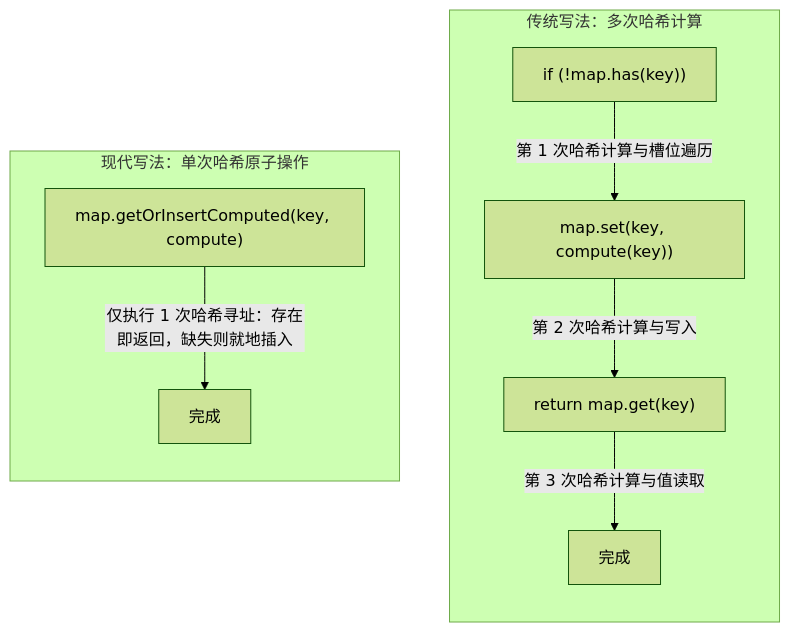
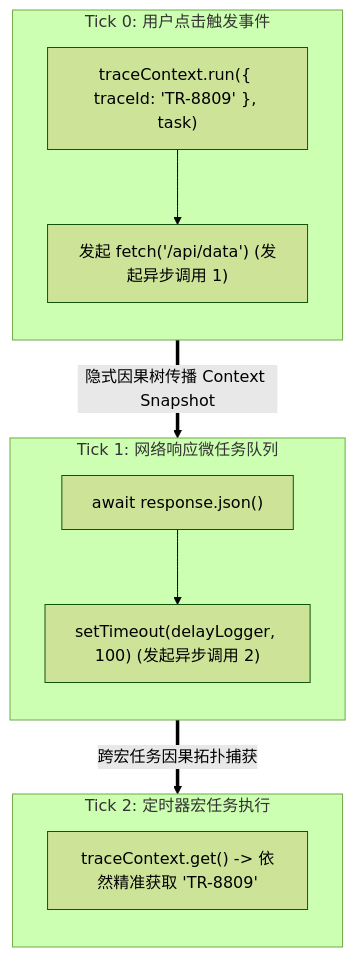
The sixth of 8 diagrams in docs/01.js/12.new-features.md (zenHeart/web-interview), drawn with Mermaid (forest theme) before and after one commit. The commit also changed other lines of this file and 10 other files, not shown here.

````diff
--- a/docs/01.js/12.new-features.md
+++ b/docs/01.js/12.new-features.md
@@ -644,14 +753,24 @@
 ```mermaid
 flowchart TD
-    subgraph OldWay["传统写法：多次哈希计算"]
+    subgraph RootTick["Tick 0: 用户点击触发事件"]
         direction TB
-        W1["if (!map.has(key))"] -->|"第 1 次哈希计算与槽位遍历"| W2["map.set(key, compute(key))"]
-        W2 -->|"第 2 次哈希计算与写入"| W3["return map.get(key)"]
-        W3 -->|"第 3 次哈希计算与值读取"| End1["完成"]
+        Init["traceContext.run({ traceId: 'TR-8809' }, task)"]
+        FetchCall["发起 fetch('/api/data') (发起异步调用 1)"]
+        Init --> FetchCall
     end
 
-    subgraph ModernWay["现代写法：单次哈希原子操作"]
+    subgraph Microtask1["Tick 1: 网络响应微任务队列"]
         direction TB
-        M1["map.getOrInsertComputed(key, compute)"] -->|"仅执行 1 次哈希寻址：存在即返回，缺失则就地插入"| End2["完成"]
+        AwaitFetch["await response.json()"]
+        TimerCall["setTimeout(delayLogger, 100) (发起异步调用 2)"]
+        AwaitFetch --> TimerCall
     end
+
+    subgraph Macrotask2["Tick 2: 定时器宏任务执行"]
+        direction TB
+        LogSite["traceContext.get() -> 依然精准获取 'TR-8809'"]
+    end
+
+    FetchCall ==>|"隐式因果树传播 Context Snapshot"| AwaitFetch
+    TimerCall ==>|"跨宏任务因果拓扑捕获"| LogSite
 ```
````
